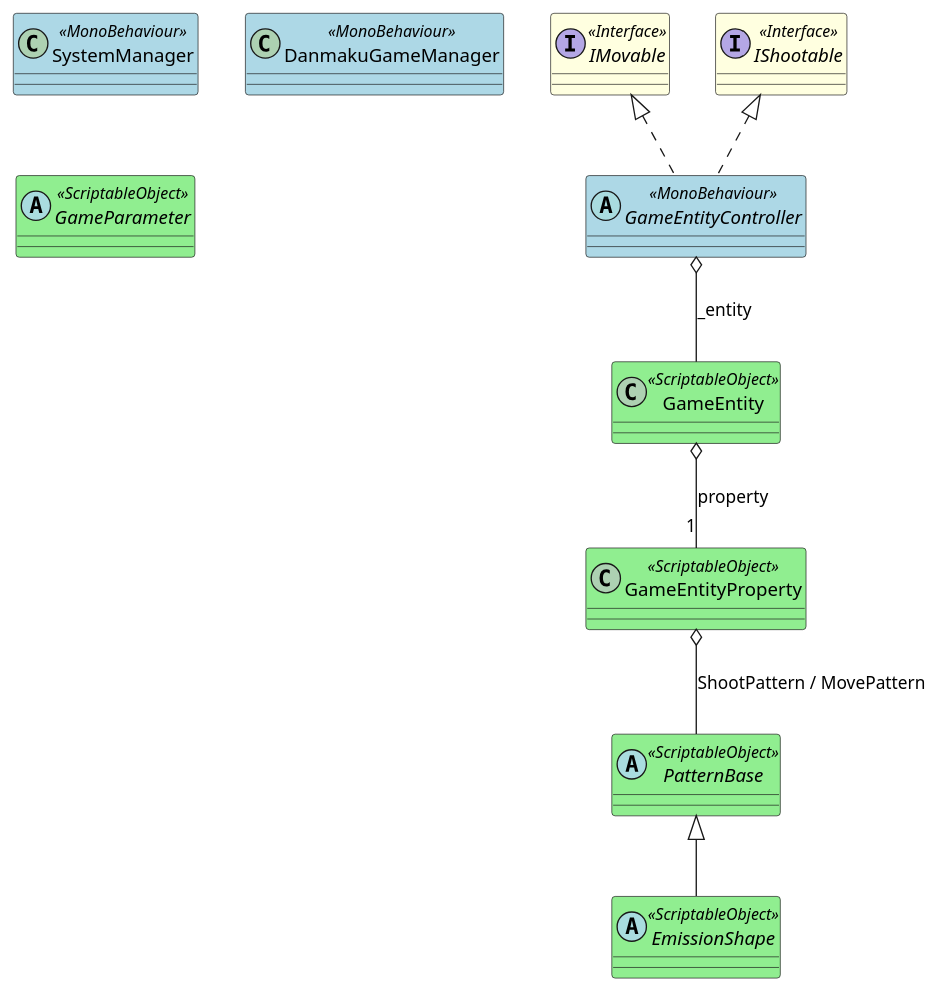
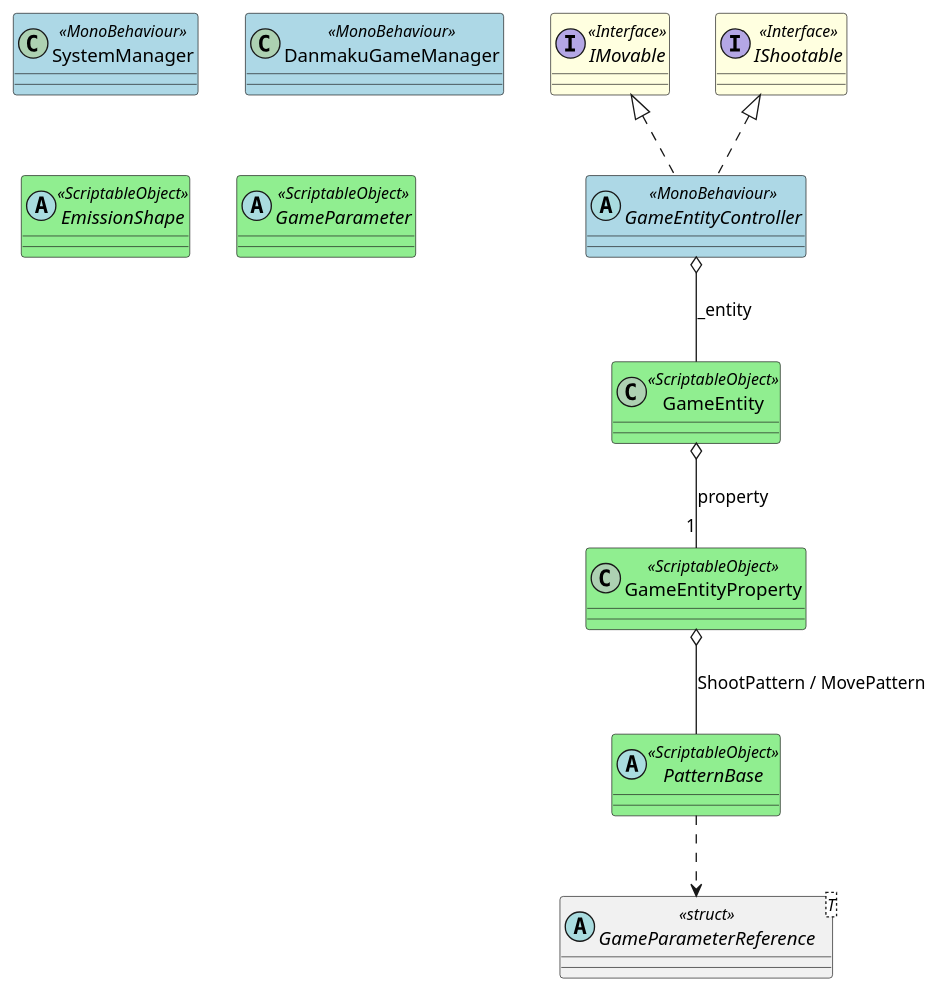
One commit to himitu-da/Touhou-Spell-Up changed the diagram in CurrentClassDiagram_01_Core.puml. Above: the diagram before and after it, drawn with PlantUML. The commit also changed 123 other files, not shown here.

```diff
--- a/CurrentClassDiagram_01_Core.puml
+++ b/CurrentClassDiagram_01_Core.puml
@@ -1,36 +1,37 @@
 @startuml ClassDiagram_01_Core
-' v0.1.11
+' v0.1.12
 ' ステレオタイプの色設定
 skinparam class {
     BackgroundColor<<MonoBehaviour>> LightBlue
     BackgroundColor<<ScriptableObject>> LightGreen
     BackgroundColor<<Interface>> LightYellow
 }
 
 ' --- Interfaces ---
 interface IMovable <<Interface>>
 interface IShootable <<Interface>>
 
 ' --- Managers ---
 class SystemManager <<MonoBehaviour>>
 class DanmakuGameManager <<MonoBehaviour>>
 
 ' --- Core Abstract Classes ---
 abstract class GameEntityController <<MonoBehaviour>>
 class GameEntity <<ScriptableObject>>
 class GameEntityProperty <<ScriptableObject>>
 abstract class PatternBase <<ScriptableObject>>
 abstract class EmissionShape <<ScriptableObject>>
 abstract class GameParameter <<ScriptableObject>>
+abstract class "GameParameterReference<T>" as GameParameterReference_T <<struct>>
 
 ' --- 継承関係 ---
 IMovable <|.. GameEntityController
 IShootable <|.. GameEntityController
-PatternBase <|-- EmissionShape
 
 ' --- 関連 ---
 GameEntityController o-- GameEntity : "_entity"
 GameEntity o-- "1" GameEntityProperty : "property"
 GameEntityProperty o-- PatternBase : "ShootPattern / MovePattern"
+PatternBase ..> GameParameterReference_T
 
 @enduml
```
